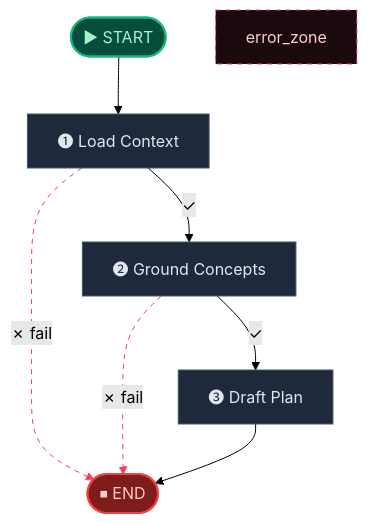
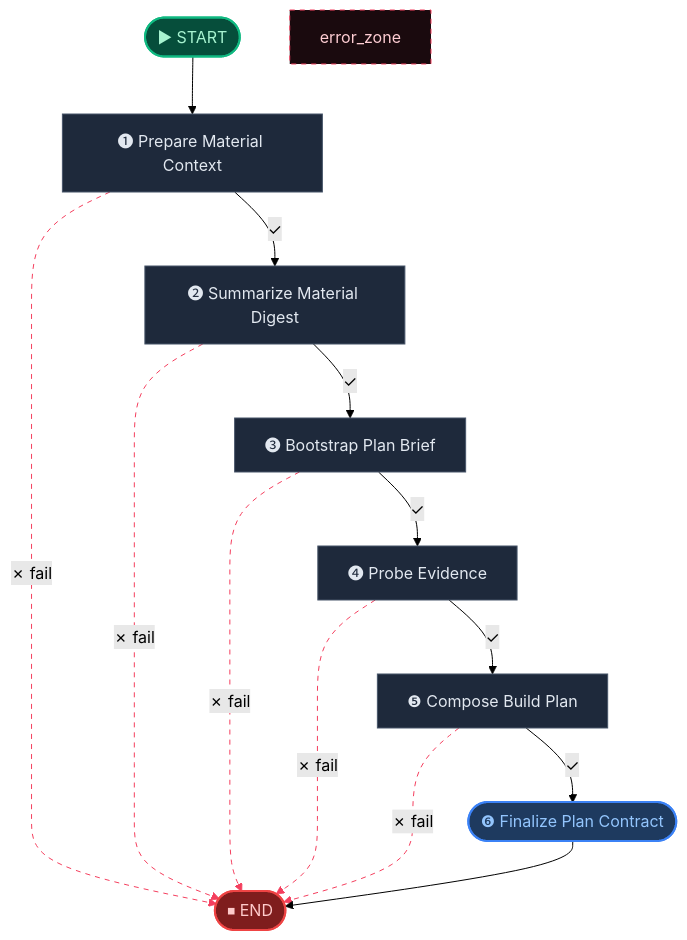
Before and after one commit to aiteachme/AITeachMe: the first of 3 diagrams in backend/scripts/.generated_workflow_diagrams/digest.md, drawn with Mermaid (forest theme). The commit also changed other lines of this file and 33 other files, not shown here.

````diff
--- a/backend/scripts/.generated_workflow_diagrams/digest.md
+++ b/backend/scripts/.generated_workflow_diagrams/digest.md
@@ -21,26 +19,36 @@
 ```mermaid
 flowchart TD
     __start__(["▶ START"])
-    load_context["❶ Load Context"]
-    ground_concepts["❷ Ground Concepts"]
-    draft_plan["❸ Draft Plan"]
+    prepare_material_context["❶ Prepare Material Context"]
+    summarize_material_digest["❷ Summarize Material Digest"]
+    bootstrap_plan_brief["❸ Bootstrap Plan Brief"]
+    probe_evidence["❹ Probe Evidence"]
+    compose_build_plan["❺ Compose Build Plan"]
+    finalize_plan_contract(["❻ Finalize Plan Contract"])
     __end__(["⏹ END"])
 
-    __start__ --> load_context
-    ground_concepts -. "✗ fail" .-> __end__
-    ground_concepts -->|"✓"| draft_plan
-    load_context -. "✗ fail" .-> __end__
-    load_context -->|"✓"| ground_concepts
-    draft_plan --> __end__
+    __start__ --> prepare_material_context
+    bootstrap_plan_brief -. "✗ fail" .-> __end__
+    bootstrap_plan_brief -->|"✓"| probe_evidence
+    compose_build_plan -. "✗ fail" .-> __end__
+    compose_build_plan -->|"✓"| finalize_plan_contract
+    prepare_material_context -. "✗ fail" .-> __end__
+    prepare_material_context -->|"✓"| summarize_material_digest
+    probe_evidence -. "✗ fail" .-> __end__
+    probe_evidence -->|"✓"| compose_build_plan
+    summarize_material_digest -. "✗ fail" .-> __end__
+    summarize_material_digest -->|"✓"| bootstrap_plan_brief
+    finalize_plan_contract --> __end__
 
     %% ── Styling ──
     classDef startCls fill:#064e3b,stroke:#10b981,stroke-width:2px,color:#a7f3d0
     classDef endCls fill:#7f1d1d,stroke:#ef4444,stroke-width:2px,color:#fecaca
     classDef failCls fill:#4c0519,stroke:#f43f5e,stroke-width:2px,color:#fecdd3
     classDef termCls fill:#1e3a5f,stroke:#3b82f6,stroke-width:2px,color:#93c5fd
     classDef default fill:#1e293b,stroke:#475569,stroke-width:1px,color:#e2e8f0
     style error_zone fill:#1a0a0e,stroke:#f43f5e,stroke-width:1px,color:#fecdd3,stroke-dasharray:5
     class __start__ startCls
+    class finalize_plan_contract termCls
     class __end__ endCls
-    linkStyle 1,3 stroke:#f43f5e,stroke-dasharray:5
+    linkStyle 1,3,5,7,9 stroke:#f43f5e,stroke-dasharray:5
 ```
````
